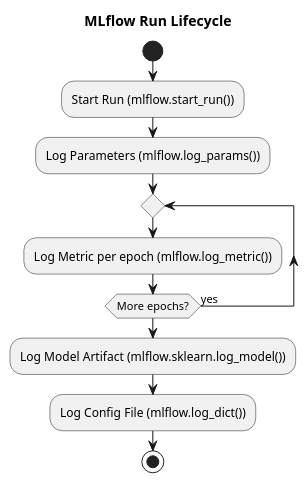
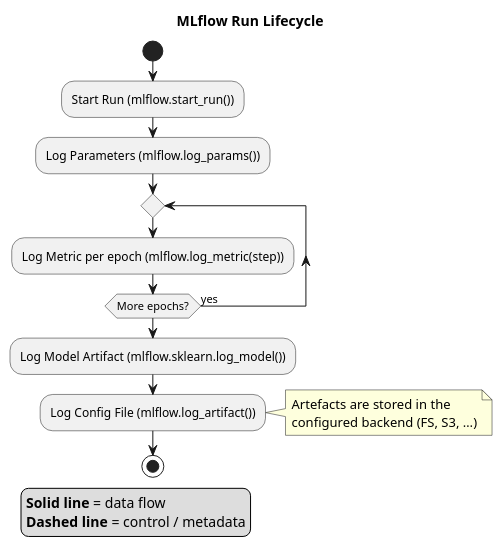
The first of 2 diagrams in aipa/llm-elevated/ch04-lecture-06.adoc (InquiryInstitute/AIPA), drawn with PlantUML before and after one commit. The commit also changed other lines of this file and 128 other files, not shown here.

```diff
--- a/aipa/llm-elevated/ch04-lecture-06.adoc
+++ b/aipa/llm-elevated/ch04-lecture-06.adoc
@@ -50,15 +57,20 @@
 [plantuml,mlflow-run-lifecycle,svg]
 ----
 @startuml
 title MLflow Run Lifecycle
+legend left
+  <b>Solid line</b> = data flow
+  <b>Dashed line</b> = control / metadata
+endlegend
 start
 :Start Run (mlflow.start_run());
 :Log Parameters (mlflow.log_params());
 repeat
-  :Log Metric per epoch (mlflow.log_metric());
+  :Log Metric per epoch (mlflow.log_metric(step));
 repeat while (More epochs?) is (yes)
 :Log Model Artifact (mlflow.sklearn.log_model());
-:Log Config File (mlflow.log_dict());
+:Log Config File (mlflow.log_artifact());
+note right: Artefacts are stored in the\nconfigured backend (FS, S3, …)
 stop
 @enduml
 ----
```
